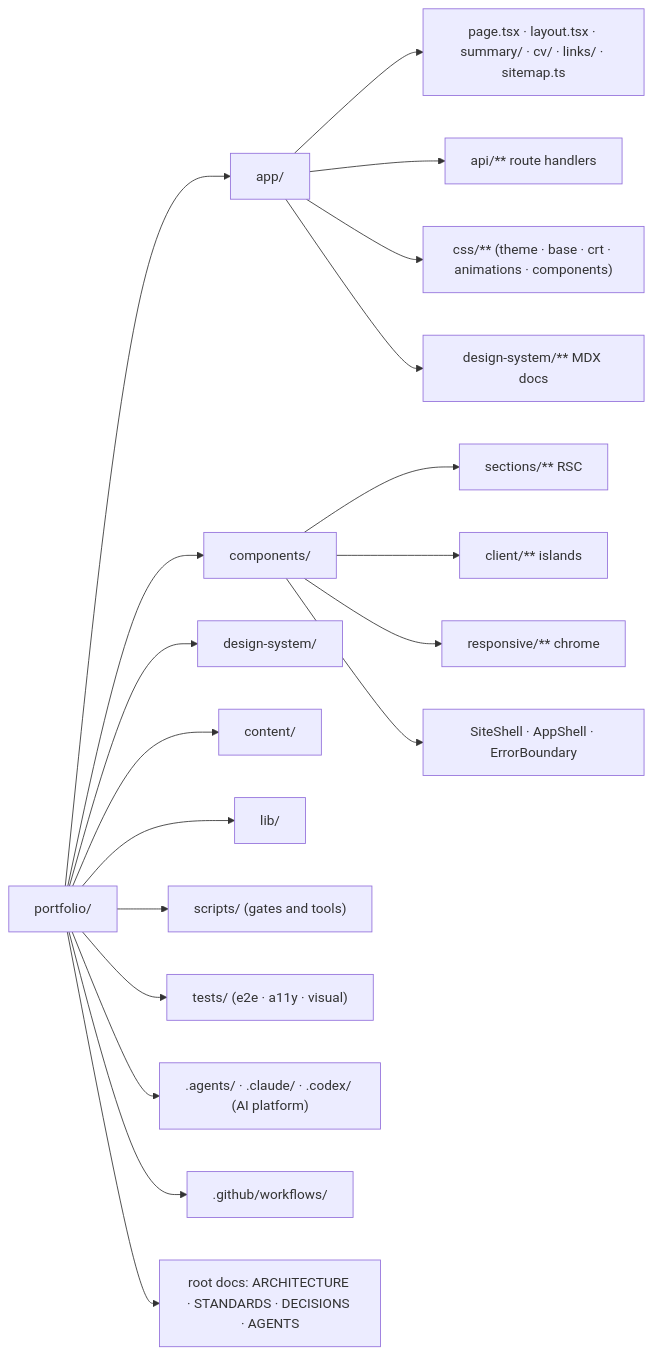
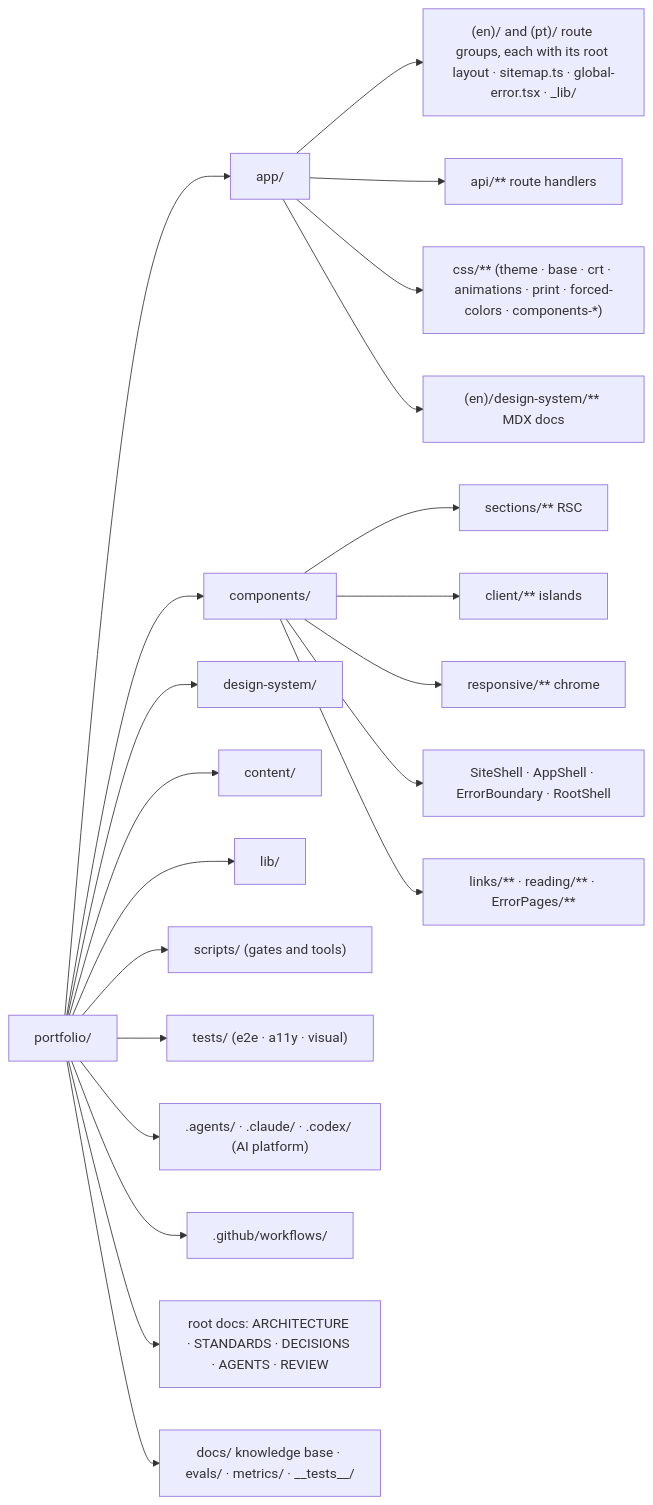
The second of 3 diagrams in docs/01-architecture.md (erikunha/portfolio), drawn with Mermaid before and after one commit. The commit also changed other lines of this file and 50 other files, not shown here.

````diff
--- a/docs/01-architecture.md
+++ b/docs/01-architecture.md
@@ -74,23 +74,25 @@
 ```mermaid
 flowchart LR
     root["portfolio/"]
     root --> app["app/"]
     root --> comp["components/"]
     root --> dsx["design-system/"]
     root --> cont["content/"]
     root --> lib["lib/"]
     root --> scr["scripts/ (gates and tools)"]
     root --> tst["tests/ (e2e · a11y · visual)"]
     root --> cl[".agents/ · .claude/ · .codex/ (AI platform)"]
     root --> gh[".github/workflows/"]
-    root --> docs["root docs: ARCHITECTURE · STANDARDS · DECISIONS · AGENTS"]
+    root --> docs["root docs: ARCHITECTURE · STANDARDS · DECISIONS · AGENTS · REVIEW"]
+    root --> kb["docs/ knowledge base · evals/ · metrics/ · __tests__/"]
 
-    app --> a1["page.tsx · layout.tsx · summary/ · cv/ · links/ · sitemap.ts"]
+    app --> a1["(en)/ and (pt)/ route groups, each with its root layout · sitemap.ts · global-error.tsx · _lib/"]
     app --> a2["api/** route handlers"]
-    app --> a3["css/** (theme · base · crt · animations · components)"]
-    app --> a4["design-system/** MDX docs"]
+    app --> a3["css/** (theme · base · crt · animations · print · forced-colors · components-*)"]
+    app --> a4["(en)/design-system/** MDX docs"]
     comp --> c1["sections/** RSC"]
     comp --> c2["client/** islands"]
     comp --> c3["responsive/** chrome"]
-    comp --> c4["SiteShell · AppShell · ErrorBoundary"]
+    comp --> c4["SiteShell · AppShell · ErrorBoundary · RootShell"]
+    comp --> c5["links/** · reading/** · ErrorPages/**"]
 ```
````
